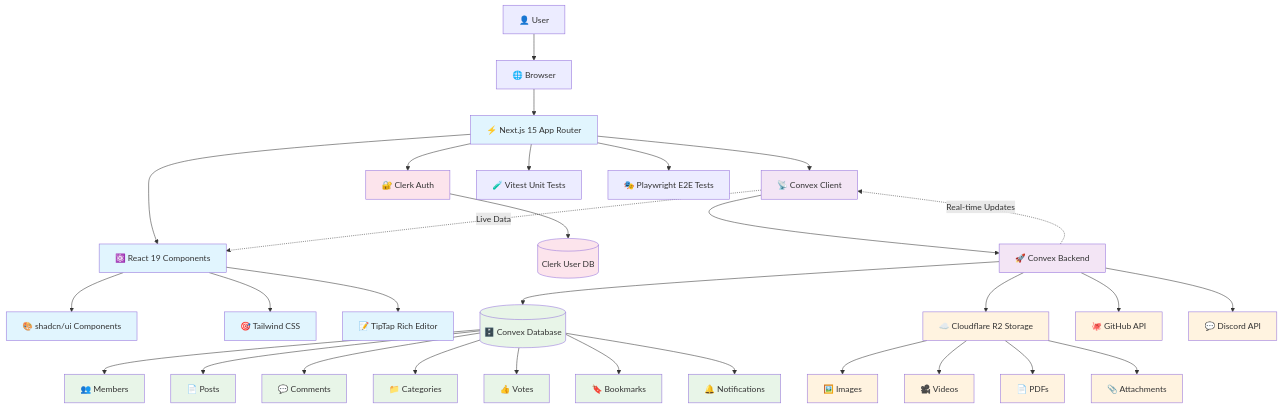
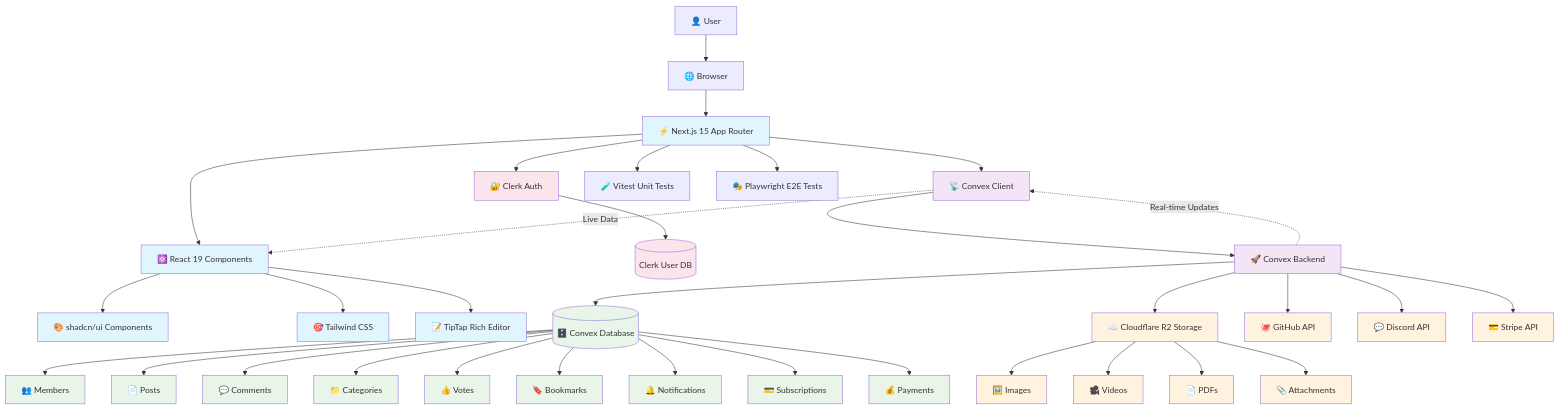
One commit to ParkerRex/ai-forums changed the first of 3 diagrams in README.md. Above: the diagram before and after it, drawn with Mermaid. The commit also changed other lines of this file and 8 other files, not shown here.

````diff
--- a/README.md
+++ b/README.md
@@ -18,66 +18,69 @@
 ```mermaid
 graph TB
     %% User Layer
     User[👤 User] --> Browser[🌐 Browser]
 
     %% Frontend Layer
     Browser --> NextJS[⚡ Next.js 15 App Router]
     NextJS --> React[⚛️ React 19 Components]
 
     %% Authentication
     NextJS --> Clerk[🔐 Clerk Auth]
     Clerk --> ClerkDB[(Clerk User DB)]
 
     %% UI Components
     React --> ShadCN[🎨 shadcn/ui Components]
     React --> Tailwind[🎯 Tailwind CSS]
     React --> TipTap[📝 TipTap Rich Editor]
 
     %% Backend Layer
     NextJS --> ConvexClient[📡 Convex Client]
     ConvexClient --> ConvexBackend[🚀 Convex Backend]
 
     %% Database Layer
     ConvexBackend --> ConvexDB[(🗄️ Convex Database)]
 
     %% Core Data Models
     ConvexDB --> Members[👥 Members]
     ConvexDB --> Posts[📄 Posts]
     ConvexDB --> Comments[💬 Comments]
     ConvexDB --> Categories[📁 Categories]
     ConvexDB --> Votes[👍 Votes]
     ConvexDB --> Bookmarks[🔖 Bookmarks]
     ConvexDB --> Notifications[🔔 Notifications]
+    ConvexDB --> Subscriptions[💳 Subscriptions]
+    ConvexDB --> Payments[💰 Payments]
 
     %% External Services
     ConvexBackend --> R2Storage[☁️ Cloudflare R2 Storage]
     ConvexBackend --> GitHub[🐙 GitHub API]
     ConvexBackend --> Discord[💬 Discord API]
+    ConvexBackend --> Stripe[💳 Stripe API]
 
     %% File Storage
     R2Storage --> Images[🖼️ Images]
     R2Storage --> Videos[🎥 Videos]
     R2Storage --> PDFs[📄 PDFs]
     R2Storage --> Attachments[📎 Attachments]
 
     %% Real-time Features
     ConvexBackend -.->|Real-time Updates| ConvexClient
     ConvexClient -.->|Live Data| React
 
     %% Testing Layer
     NextJS --> Vitest[🧪 Vitest Unit Tests]
     NextJS --> Playwright[🎭 Playwright E2E Tests]
 
     %% Styling
     classDef frontend fill:#e1f5fe
     classDef backend fill:#f3e5f5
     classDef database fill:#e8f5e8
     classDef external fill:#fff3e0
     classDef auth fill:#fce4ec
 
     class NextJS,React,ShadCN,Tailwind,TipTap frontend
     class ConvexBackend,ConvexClient backend
-    class ConvexDB,Members,Posts,Comments,Categories,Votes,Bookmarks,Notifications database
-    class R2Storage,GitHub,Discord,Images,Videos,PDFs,Attachments external
+    class ConvexDB,Members,Posts,Comments,Categories,Votes,Bookmarks,Notifications,Subscriptions,Payments database
+    class R2Storage,GitHub,Discord,Stripe,Images,Videos,PDFs,Attachments external
     class Clerk,ClerkDB auth
 ```
````
